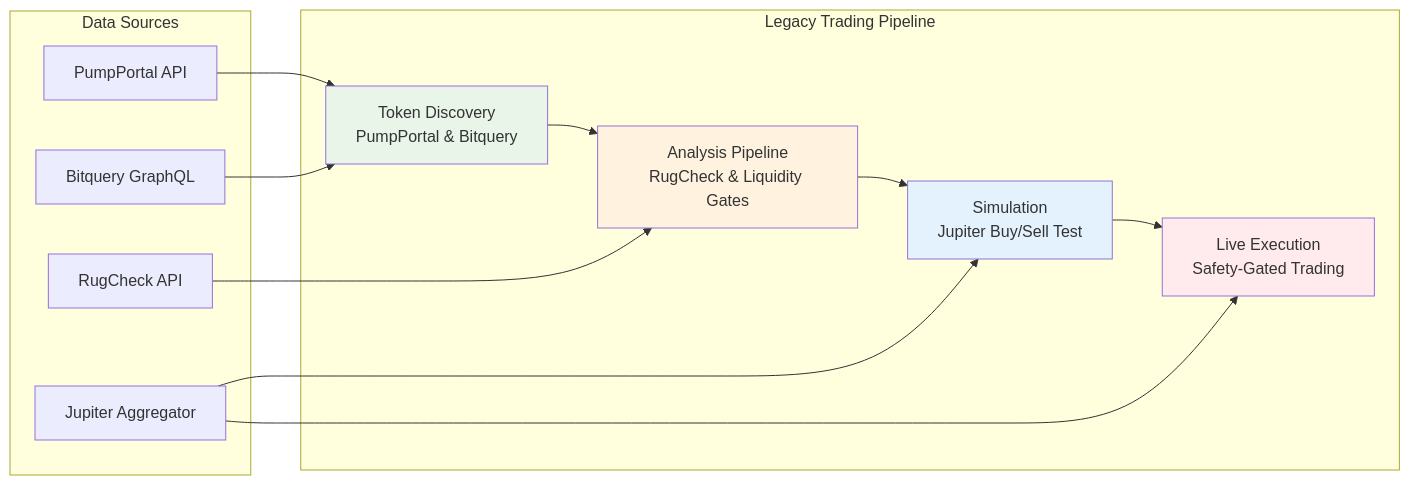
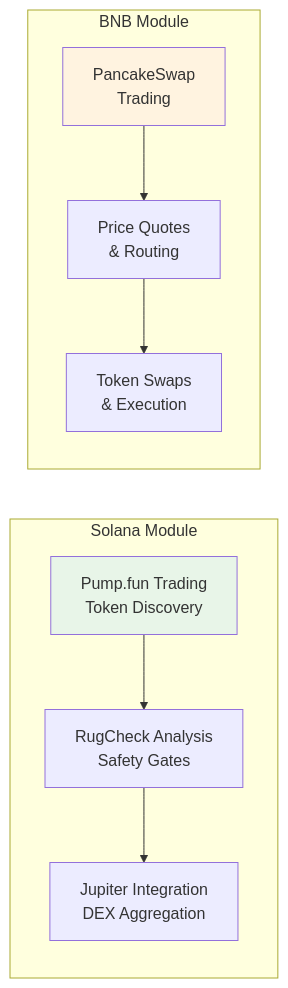
The sixth of 9 diagrams in README.md (jconstantine627752-maker/Odysseus), drawn with Mermaid before and after one commit. The commit also changed other lines of this file, not shown here.

First line of the commit message:
docs: Complete README rework with Odin X402 focus and Mermaid diagrams

````diff
--- a/README.md
+++ b/README.md
@@ -242,31 +216,23 @@
 ```mermaid
 graph LR
-    subgraph "Legacy Trading Pipeline"
-        DISCOVER[Token Discovery<br/>PumpPortal & Bitquery]
-        ANALYZE[Analysis Pipeline<br/>RugCheck & Liquidity Gates]
-        SIMULATE[Simulation<br/>Jupiter Buy/Sell Test]
-        EXECUTE[Live Execution<br/>Safety-Gated Trading]
+    subgraph "Solana Module"
+        PUMP[Pump.fun Trading<br/>Token Discovery]
+        RUG[RugCheck Analysis<br/>Safety Gates]
+        JUP[Jupiter Integration<br/>DEX Aggregation]
     end
     
-    subgraph "Data Sources"
-        PP[PumpPortal API]
-        BQ[Bitquery GraphQL]
-        RC[RugCheck API]
-        JUP[Jupiter Aggregator]
+    subgraph "BNB Module"
+        PANCAKE[PancakeSwap<br/>Trading]
+        QUOTE[Price Quotes<br/>& Routing]
+        SWAP[Token Swaps<br/>& Execution]
     end
     
-    DISCOVER --> ANALYZE
-    ANALYZE --> SIMULATE
-    SIMULATE --> EXECUTE
+    PUMP --> RUG
+    RUG --> JUP
     
-    PP --> DISCOVER
-    BQ --> DISCOVER
-    RC --> ANALYZE
-    JUP --> SIMULATE
-    JUP --> EXECUTE
+    PANCAKE --> QUOTE
+    QUOTE --> SWAP
     
-    style DISCOVER fill:#e8f5e8
-    style ANALYZE fill:#fff3e0
-    style SIMULATE fill:#e3f2fd
-    style EXECUTE fill:#ffebee
+    style PUMP fill:#e8f5e8
+    style PANCAKE fill:#fff3e0
 ```
````
